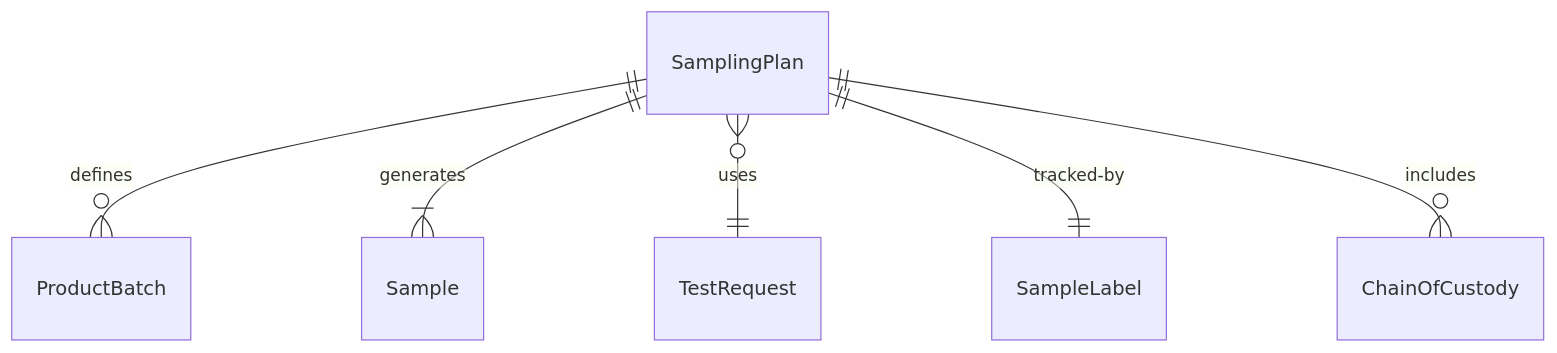
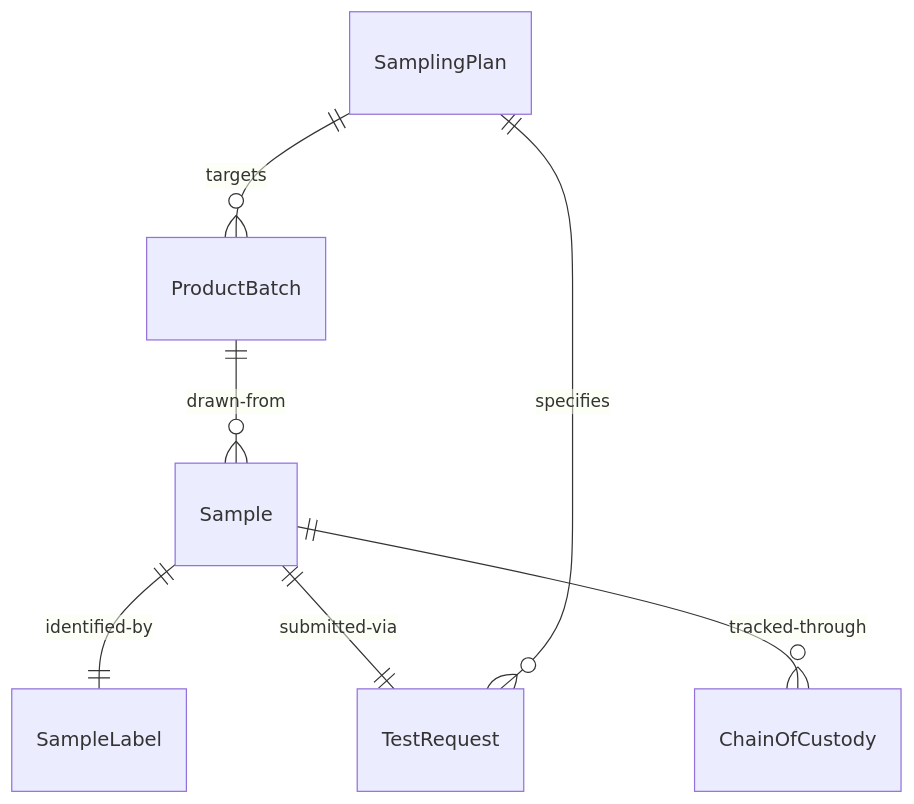
Before and after one commit to dot-org-ai/tasks.org.ai: the first of 4 diagrams in HandlingAndMovingObjects/CollectSamplesOfProductsOrMaterials/CollectSamplesMaterialsProductsTesting.mdx, drawn with Mermaid. The commit also changed other lines of this file and 515 other files, not shown here.

````diff
--- a/HandlingAndMovingObjects/CollectSamplesOfProductsOrMaterials/CollectSamplesMaterialsProductsTesting.mdx
+++ b/HandlingAndMovingObjects/CollectSamplesOfProductsOrMaterials/CollectSamplesMaterialsProductsTesting.mdx
@@ -87,8 +87,9 @@
 ```mermaid
 erDiagram
-    SamplingPlan ||--o{ ProductBatch : "defines"
-    SamplingPlan ||--|{ Sample : "generates"
-    SamplingPlan }o--|| TestRequest : "uses"
-    SamplingPlan ||--|| SampleLabel : "tracked-by"
-    SamplingPlan ||--o{ ChainOfCustody : "includes"
+    SamplingPlan ||--o{ ProductBatch : "targets"
+    ProductBatch ||--o{ Sample : "drawn-from"
+    Sample ||--|| SampleLabel : "identified-by"
+    Sample ||--|| TestRequest : "submitted-via"
+    Sample ||--o{ ChainOfCustody : "tracked-through"
+    SamplingPlan ||--o{ TestRequest : "specifies"
 ```
````
